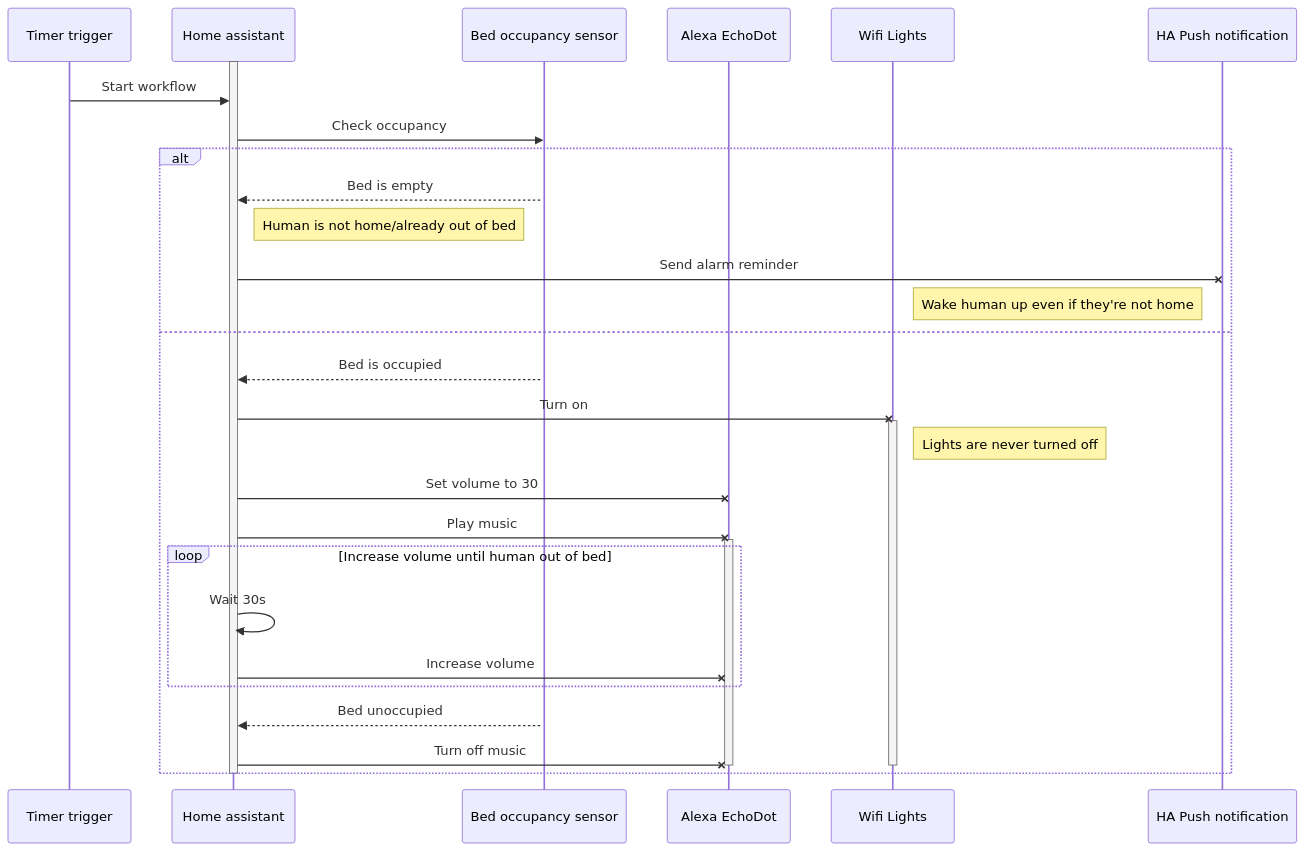
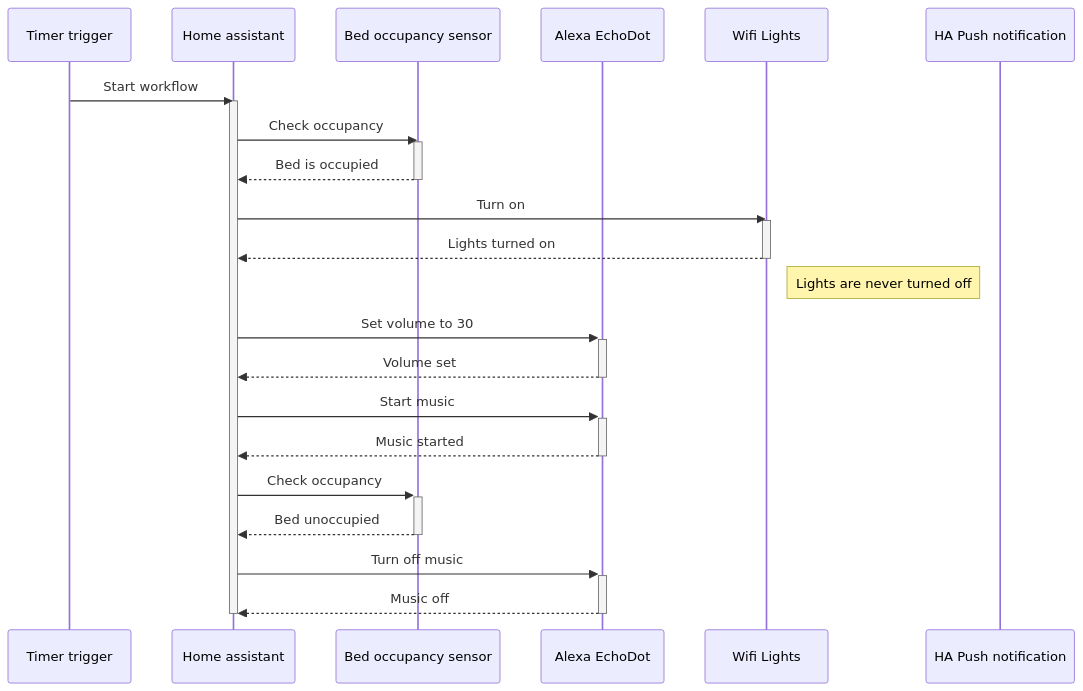
The first of 2 diagrams in bed-occupancy-sensor/Content.md (LussyFairMorngTsarbootsektor/BlogContent), drawn with Mermaid before and after one commit. The commit also changed other lines of this file, not shown here.

Commit message:
WIP - Diagrams

````diff
--- a/bed-occupancy-sensor/Content.md
+++ b/bed-occupancy-sensor/Content.md
@@ -66,38 +66,31 @@
 ```mermaid
 sequenceDiagram
 	participant Trigger as Timer trigger
 	participant HA as Home assistant
 	participant Bed as Bed occupancy sensor
 	participant Sound as Alexa EchoDot
 	participant Lights as Wifi Lights
 	participant Notification as HA Push notification
 	
+	Trigger ->> HA: Start workflow
 	activate HA
-	Trigger ->> HA: Start workflow
     HA ->> Bed: Check occupancy
     activate Bed
-	alt
-        Bed -->> HA: Bed is empty
-        note right of HA: Human is not home/already out of bed
-        HA -x Notification: Send alarm reminder
-        note left of Notification: Wake human up even if they're not home
-  	else
-        Bed -->> HA: Bed is occupied
-        HA -x Lights: Turn on
-        activate Lights
-        note right of Lights: Lights are never turned off        
-        HA -x Sound: Set volume to 30
-        HA -x Sound: Play music
-        activate Sound        
-        loop Increase volume until human out of bed
-        	HA ->> HA: Wait 30s
-        	HA -x Sound: Increase volume 
-        end
-        Bed -->> HA: Bed unoccupied
-        HA -x Sound: Turn off music
-        deactivate Sound
-        deactivate Lights
-	end
+    Bed -->> HA: Bed is occupied
+    deactivate Bed
+    HA ->> Lights: Turn on
+	activate Lights
+    Lights -->> HA : Lights turned on
+    deactivate Lights
+    note right of Lights: Lights are never turned off   
+    HA ->> +Sound: Set volume to 30
+    Sound -->>- HA : Volume set
+    HA ->>+ Sound: Start music
+    Sound -->>- HA : Music started   
+    HA ->>+ Bed: Check occupancy
+    Bed -->>- HA: Bed unoccupied
+    HA ->>+ Sound: Turn off music
+    Sound -->>- HA: Music off
+    deactivate HA
 	
-	deactivate HA 
 ```
````
